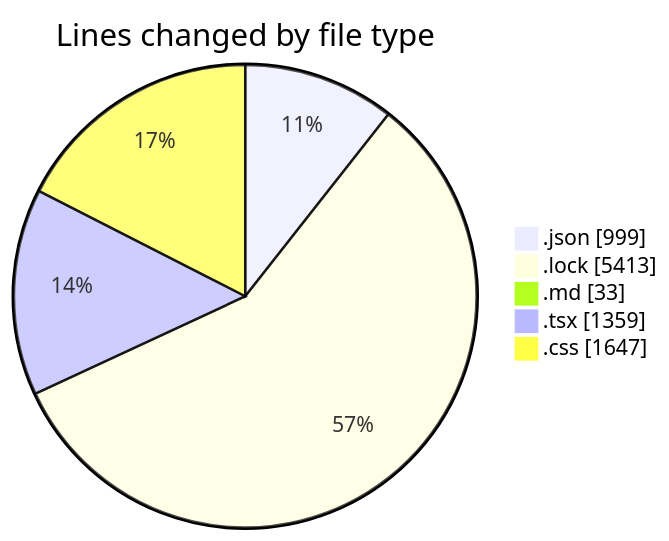
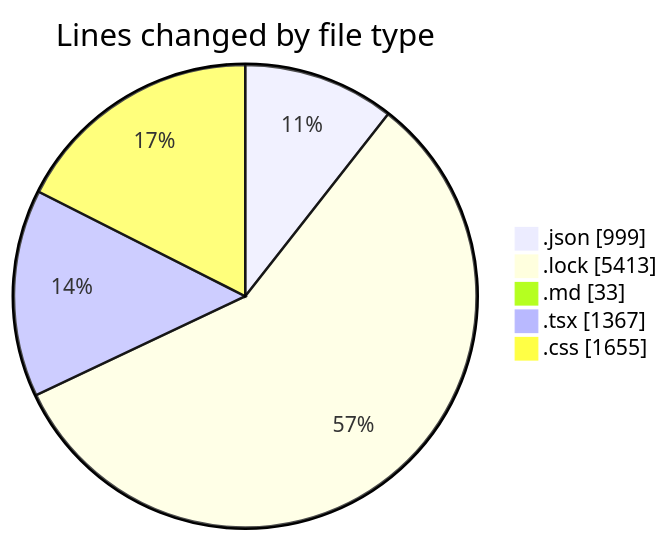
One commit to EIIisD/code-tracking changed the first of 2 diagrams in 2025-08-11/ribbon/README.md. Above: the diagram before and after it, drawn with Mermaid. The commit also changed other lines of this file and 1 other file, not shown here.

````diff
--- a/2025-08-11/ribbon/README.md
+++ b/2025-08-11/ribbon/README.md
@@ -40,9 +40,9 @@
 ```mermaid
 pie showData
 title Lines changed by file type
 ".json" : 999
 ".lock" : 5413
 ".md" : 33
-".tsx" : 1359
-".css" : 1647
+".tsx" : 1367
+".css" : 1655
 ```
````
